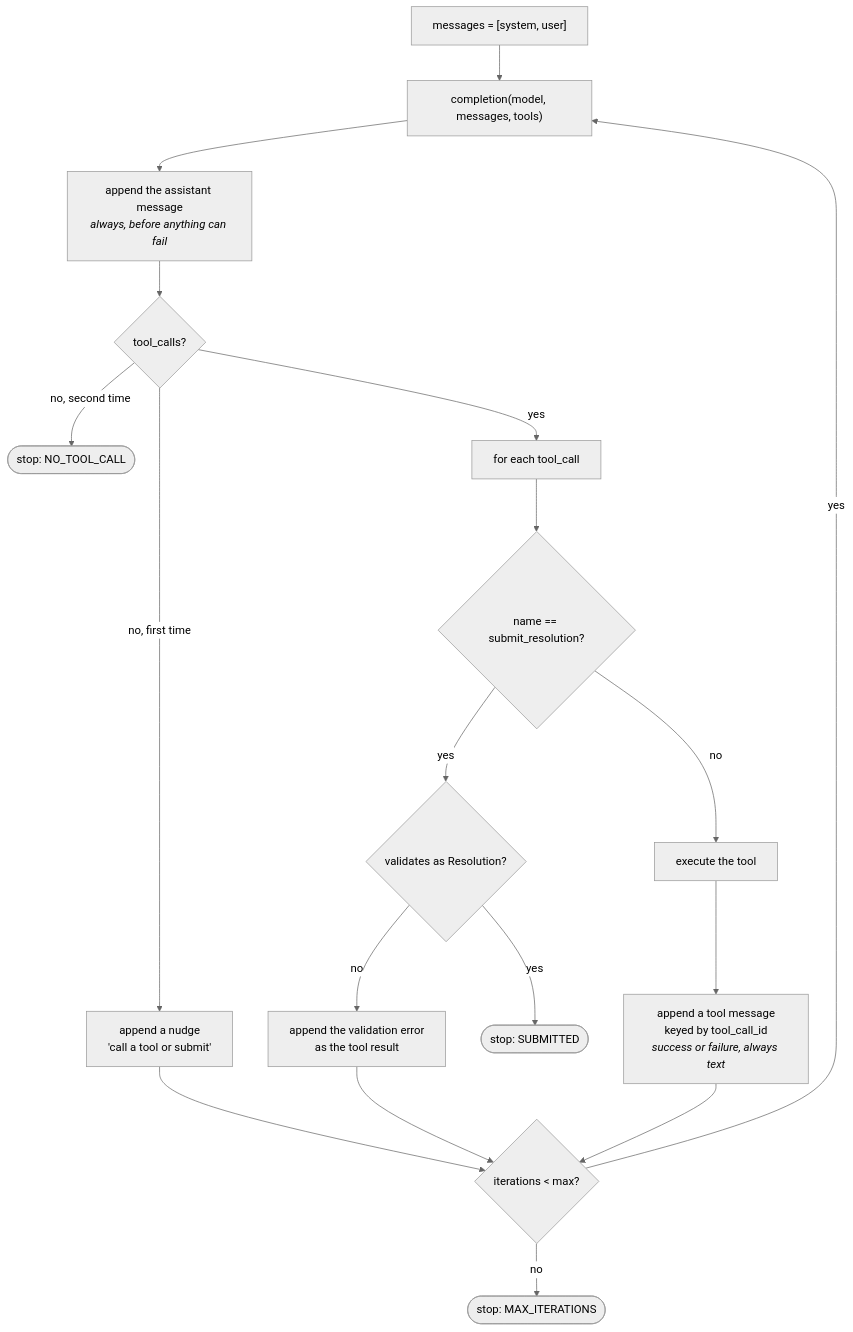
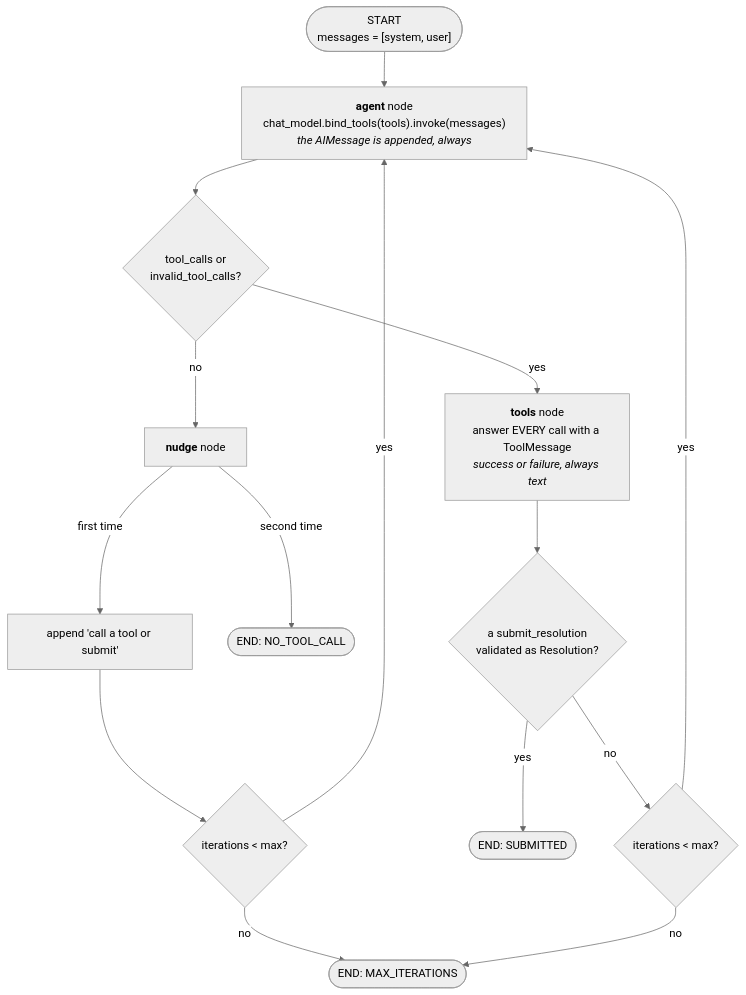
Before and after one commit to voyageuraryan/sap_proc_agent: the eighth of 14 diagrams in docs/03-architecture.md, drawn with Mermaid (neutral theme). The commit also changed other lines of this file and 31 other files, not shown here.

````diff
--- a/docs/03-architecture.md
+++ b/docs/03-architecture.md
@@ -283,21 +288,18 @@
 ```mermaid
 flowchart TB
-    INIT["messages = [system, user]"] --> CALL["completion(model, messages, tools)"]
-    CALL --> APPEND["append the assistant message<br/><i>always, before anything can fail</i>"]
-    APPEND --> HAS{"tool_calls?"}
+    START(["START<br/>messages = [system, user]"]) --> AGENT["<b>agent</b> node<br/>chat_model.bind_tools(tools).invoke(messages)<br/><i>the AIMessage is appended, always</i>"]
+    AGENT --> HAS{"tool_calls or<br/>invalid_tool_calls?"}
 
-    HAS -->|no, first time| NUDGE["append a nudge<br/>'call a tool or submit'"] --> CAP
-    HAS -->|no, second time| STOP1(["stop: NO_TOOL_CALL"])
-    HAS -->|yes| EACH["for each tool_call"]
+    HAS -->|no| NUDGE["<b>nudge</b> node"]
+    NUDGE -->|first time| NMSG["append 'call a tool or submit'"] --> CAP1{"iterations < max?"}
+    CAP1 -->|yes| AGENT
+    CAP1 -->|no| STOP3(["END: MAX_ITERATIONS"])
+    NUDGE -->|second time| STOP1(["END: NO_TOOL_CALL"])
 
-    EACH --> TERM{"name == submit_resolution?"}
-    TERM -->|yes| VALID{"validates as Resolution?"}
-    VALID -->|no| FEED["append the validation error<br/>as the tool result"] --> CAP
-    VALID -->|yes| STOP2(["stop: SUBMITTED"])
-    TERM -->|no| EXEC["execute the tool"]
-
-    EXEC --> RESULT["append a tool message<br/>keyed by tool_call_id<br/><i>success or failure, always text</i>"]
-    RESULT --> CAP{"iterations < max?"}
-    CAP -->|yes| CALL
-    CAP -->|no| STOP3(["stop: MAX_ITERATIONS"])
+    HAS -->|yes| TOOLS["<b>tools</b> node<br/>answer EVERY call with a ToolMessage<br/><i>success or failure, always text</i>"]
+    TOOLS --> TERM{"a submit_resolution<br/>validated as Resolution?"}
+    TERM -->|yes| STOP2(["END: SUBMITTED"])
+    TERM -->|no| CAP2{"iterations < max?"}
+    CAP2 -->|yes| AGENT
+    CAP2 -->|no| STOP3
 ```
````
